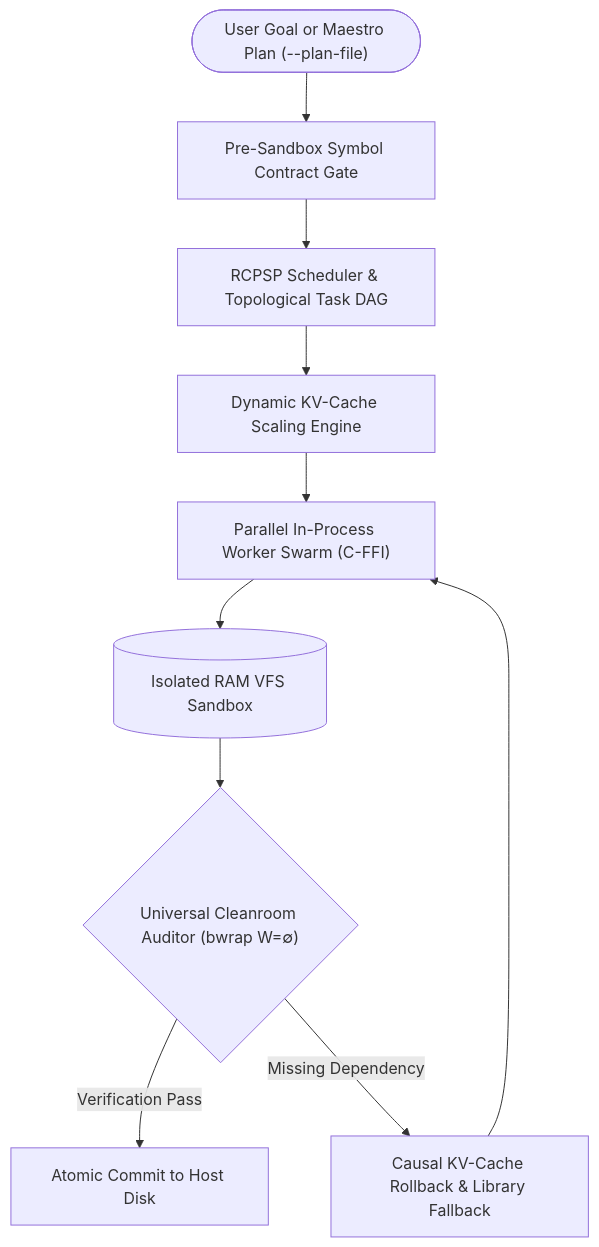
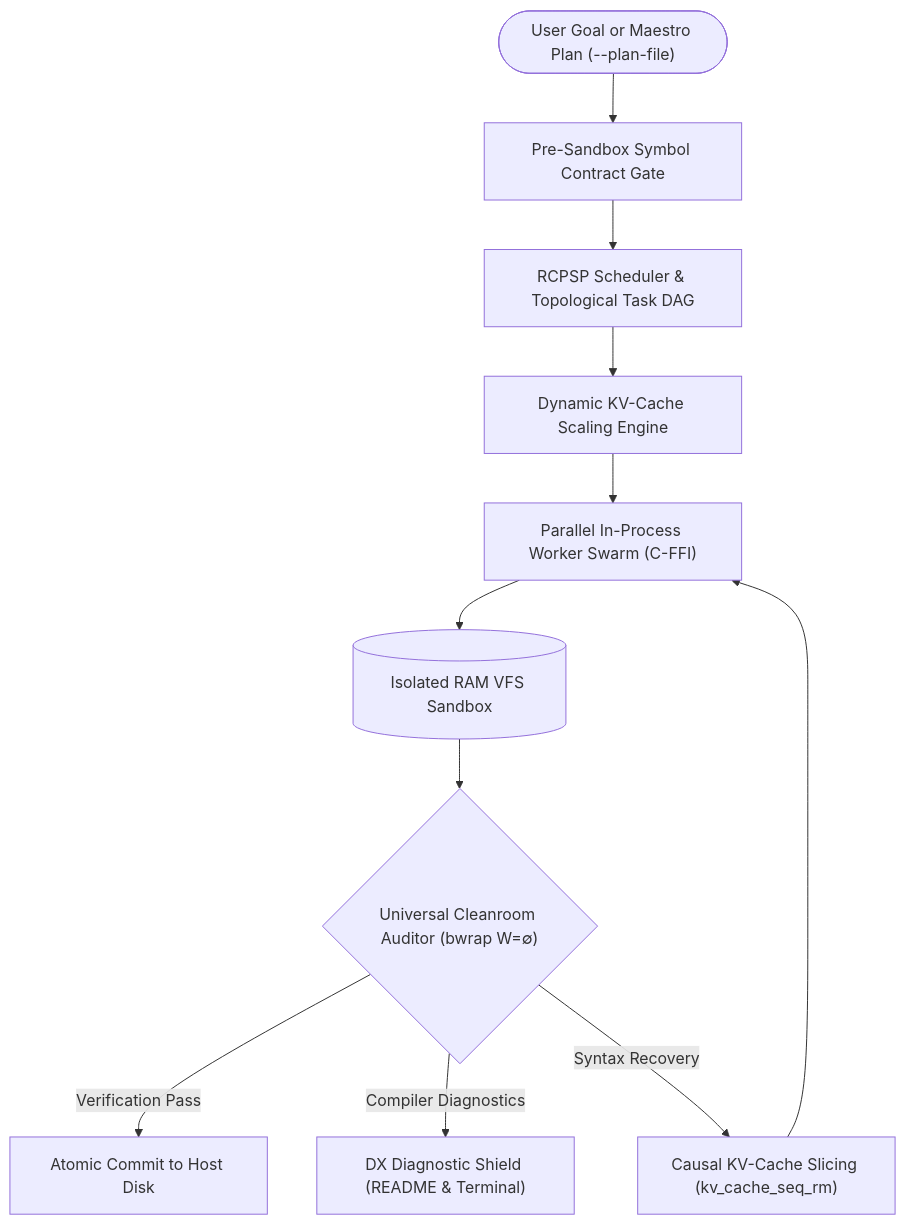
Before and after one commit to ielfeqi-rgb/omni_engine: the diagram in README.md, drawn with Mermaid. The commit also changed other lines of this file and 7 other files, not shown here.

````diff
--- a/README.md
+++ b/README.md
@@ -59,15 +70,16 @@
 ```mermaid
 flowchart TD
-    Architect(["User Goal or Maestro Plan (--plan-file)"]) --> ContractGate["Pre-Sandbox Symbol Contract Gate"]
+    Goal(["User Goal or Maestro Plan (--plan-file)"]) --> ContractGate["Pre-Sandbox Symbol Contract Gate"]
     ContractGate --> DAG["RCPSP Scheduler & Topological Task DAG"]
     
     DAG --> DynamicKV["Dynamic KV-Cache Scaling Engine"]
     DynamicKV --> Workers["Parallel In-Process Worker Swarm (C-FFI)"]
     
     Workers --> RAMVFS[("Isolated RAM VFS Sandbox")]
     RAMVFS --> Cleanroom{"Universal Cleanroom Auditor (bwrap W=∅)"}
     
     Cleanroom -->|Verification Pass| DiskCommit["Atomic Commit to Host Disk"]
-    Cleanroom -->|Missing Dependency| SelfHealing["Causal KV-Cache Rollback & Library Fallback"]
+    Cleanroom -->|Compiler Diagnostics| DXShield["DX Diagnostic Shield (README & Terminal)"]
+    Cleanroom -->|Syntax Recovery| SelfHealing["Causal KV-Cache Slicing (kv_cache_seq_rm)"]
     SelfHealing --> Workers
 ```
````
